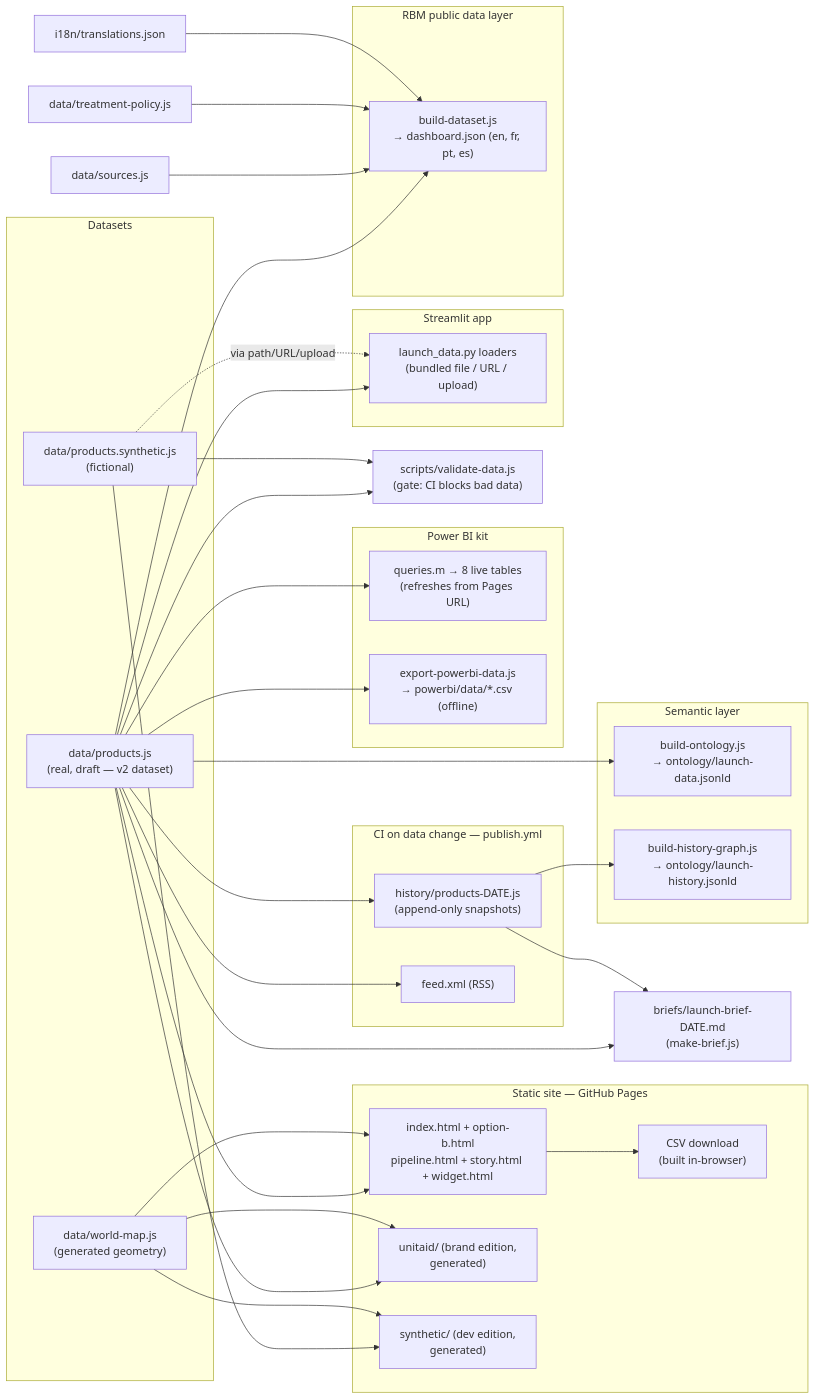
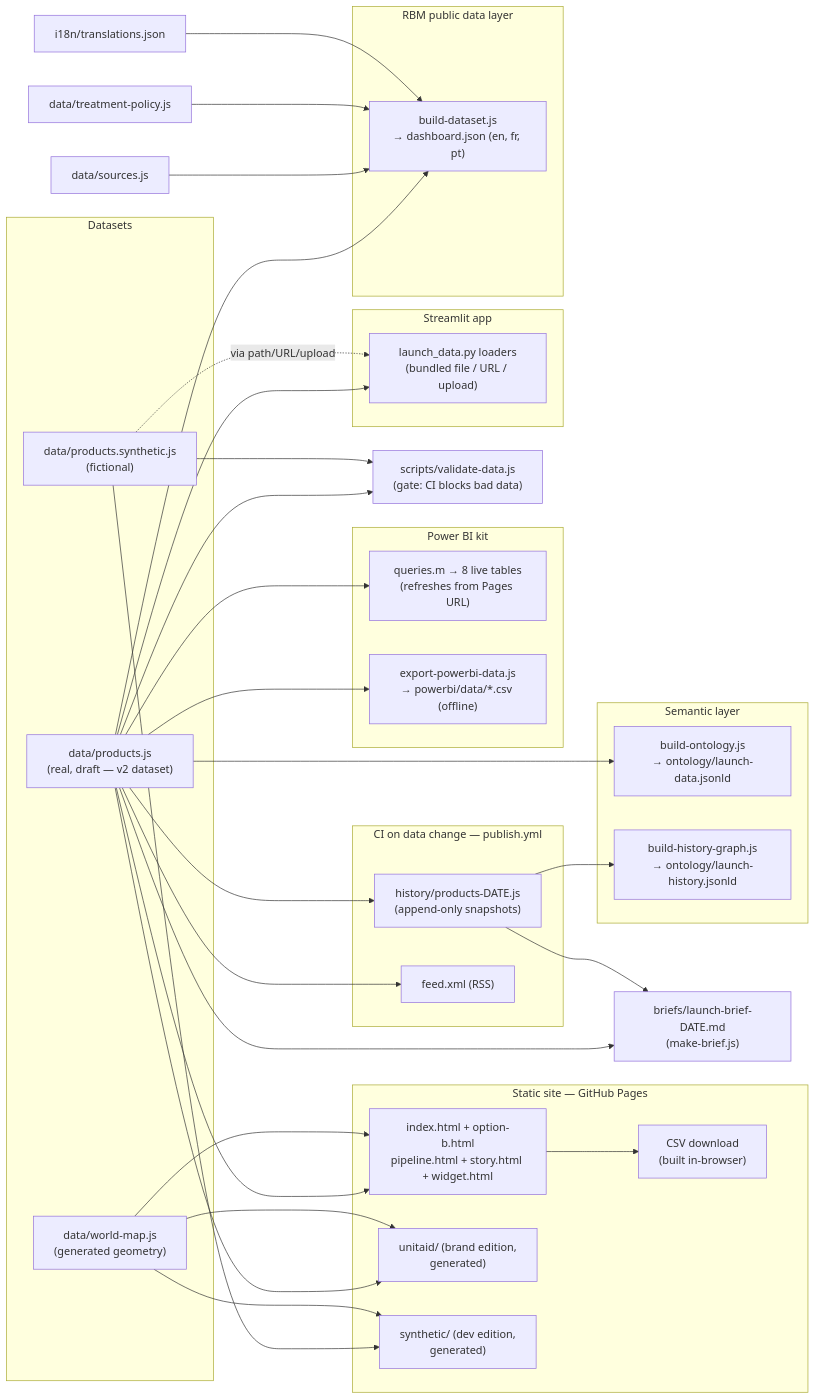
Before and after one commit to KylerXiv/launch-development-test: the second of 2 diagrams in docs/data-model.md, drawn with Mermaid. The commit also changed 41 other files, not shown here.

````diff
--- a/docs/data-model.md
+++ b/docs/data-model.md
@@ -148,65 +148,65 @@
 ```mermaid
 flowchart LR
     subgraph sources [Datasets]
         REAL["data/products.js<br/>(real, draft — v2 dataset)"]
         SYN["data/products.synthetic.js<br/>(fictional)"]
         MAP["data/world-map.js<br/>(generated geometry)"]
     end
 
     V["scripts/validate-data.js<br/>(gate: CI blocks bad data)"]
     REAL --> V
     SYN --> V
 
     subgraph static [Static site — GitHub Pages]
         A["index.html + option-b.html<br/>pipeline.html + story.html + widget.html"]
         U["unitaid/ (brand edition,<br/>generated)"]
         S["synthetic/ (dev edition,<br/>generated)"]
         CSVDL["CSV download<br/>(built in-browser)"]
     end
     REAL --> A
     REAL --> U
     SYN --> S
     MAP --> A
     MAP --> U
     MAP --> S
     A --> CSVDL
 
     subgraph ci [CI on data change — publish.yml]
         H["history/products-DATE.js<br/>(append-only snapshots)"]
         F["feed.xml (RSS)"]
     end
     REAL --> H
     REAL --> F
 
     B["briefs/launch-brief-DATE.md<br/>(make-brief.js)"]
     REAL --> B
     H --> B
 
     subgraph pbi [Power BI kit]
         Q["queries.m → 8 live tables<br/>(refreshes from Pages URL)"]
         E["export-powerbi-data.js<br/>→ powerbi/data/*.csv (offline)"]
     end
     REAL --> Q
     REAL --> E
 
     subgraph st [Streamlit app]
         L["launch_data.py loaders<br/>(bundled file / URL / upload)"]
     end
     REAL --> L
     SYN -. "via path/URL/upload" .-> L
 
     subgraph sem [Semantic layer]
         O["build-ontology.js<br/>→ ontology/launch-data.jsonld"]
         OH["build-history-graph.js<br/>→ ontology/launch-history.jsonld"]
     end
     REAL --> O
     H --> OH
 
     subgraph rbm [RBM public data layer]
-        DS["build-dataset.js<br/>→ dashboard.json (en, fr, pt, es)"]
+        DS["build-dataset.js<br/>→ dashboard.json (en, fr, pt)"]
     end
     REAL --> DS
     SRCREG["data/sources.js"] --> DS
     TPOL["data/treatment-policy.js"] --> DS
     MEM["i18n/translations.json"] --> DS
 ```
````
